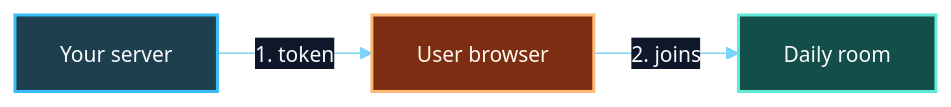
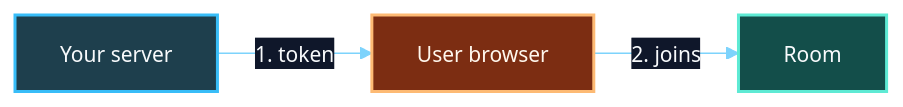
The third of 5 diagrams in guides/getting-started/how-akapulu-works.mdx (william-akapulu/docs), drawn with Mermaid before and after one commit. The commit also changed other lines of this file and 10 other files, not shown here.

````diff
--- a/guides/getting-started/how-akapulu-works.mdx
+++ b/guides/getting-started/how-akapulu-works.mdx
@@ -64,14 +64,14 @@
 ```mermaid
 %%{init: {"theme":"base","themeVariables":{"darkMode":true,"background":"transparent","fontFamily":"ui-sans-serif, system-ui, sans-serif","fontSize":"14px","textColor":"#F8FAFC","primaryTextColor":"#F8FAFC","lineColor":"#7DD3FC","arrowheadColor":"#7DD3FC","edgeLabelBackground":"#0F172A"},"themeCSS":".edgeLabel, .edgeLabel p, .edgeLabel span, .labelBkg { background: #0F172A !important; color: #F8FAFC !important; } .edgePath .path, .flowchart-link { stroke: #7DD3FC !important; stroke-width: 2.5px !important; } .arrowheadPath, .marker { fill: #7DD3FC !important; stroke: #7DD3FC !important; }"}}%%
 flowchart LR
   S[Your server]:::server
   B[User browser]:::browser
-  R[Daily room]:::room
+  R[Room]:::room
 
   S -->|"1. token"| B
   B -->|"2. joins"| R
 
   classDef server fill:#1E3F4D,stroke:#38BDF8,color:#F8FAFC,stroke-width:2px
   classDef room fill:#134E4A,stroke:#5EEAD4,color:#F8FAFC,stroke-width:2px
   classDef browser fill:#7C2D12,stroke:#FDBA74,color:#FFF7ED,stroke-width:2px
 ```
````
